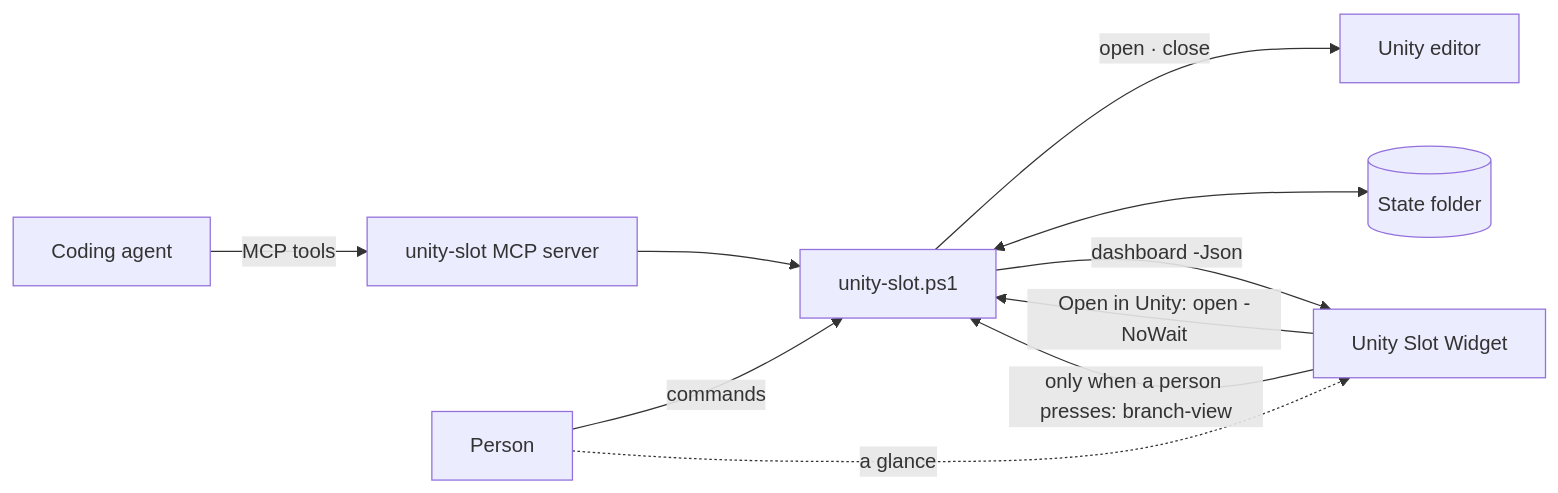
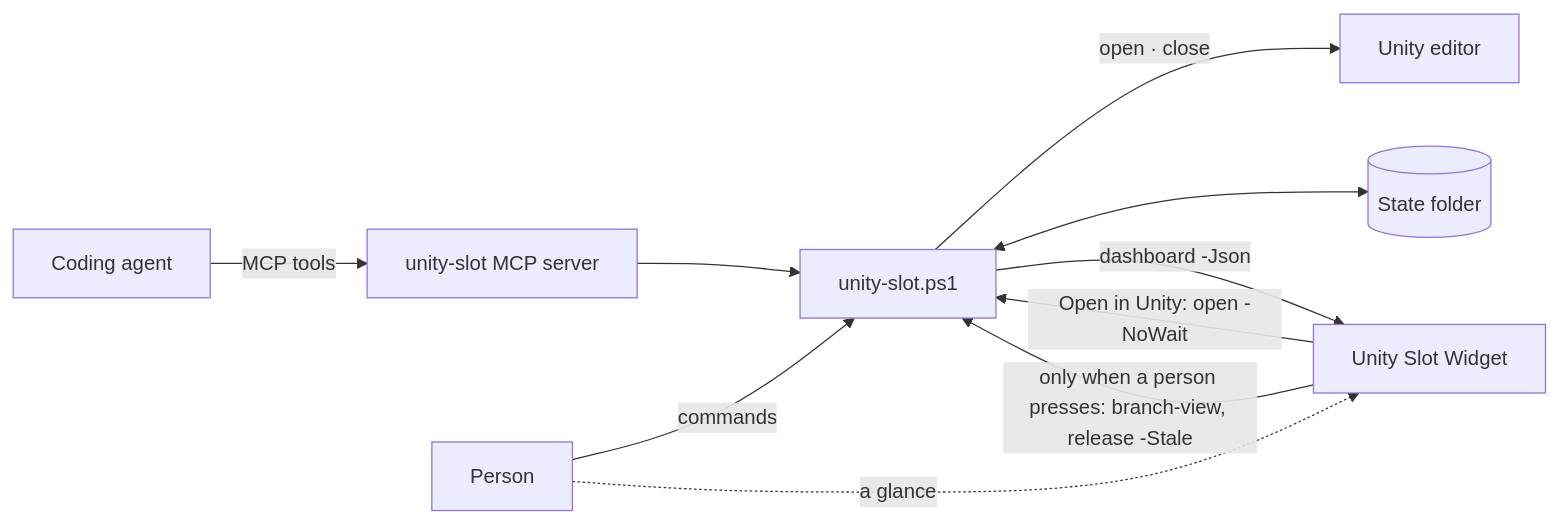
The second of 2 diagrams in README.en.md (cyKim0115/unity-slot-widget), drawn with Mermaid before and after one commit. The commit also changed other lines of this file and 10 other files, not shown here.

````diff
--- a/README.en.md
+++ b/README.en.md
@@ -150,12 +151,12 @@
 ```mermaid
 flowchart LR
     agent["Coding agent"] -- "MCP tools" --> mcp["unity-slot MCP server"]
     person["Person"] -- "commands" --> cli["unity-slot.ps1"]
     mcp --> cli
     cli -- "open · close" --> editor["Unity editor"]
     cli <--> state[("State folder")]
     cli -- "dashboard -Json" --> widget["Unity Slot Widget"]
     widget -- "Open in Unity: open -NoWait" --> cli
-    widget -- "only when a person presses: branch-view" --> cli
+    widget -- "only when a person presses: branch-view, release -Stale" --> cli
     person -. "a glance" .-> widget
 ```
````
